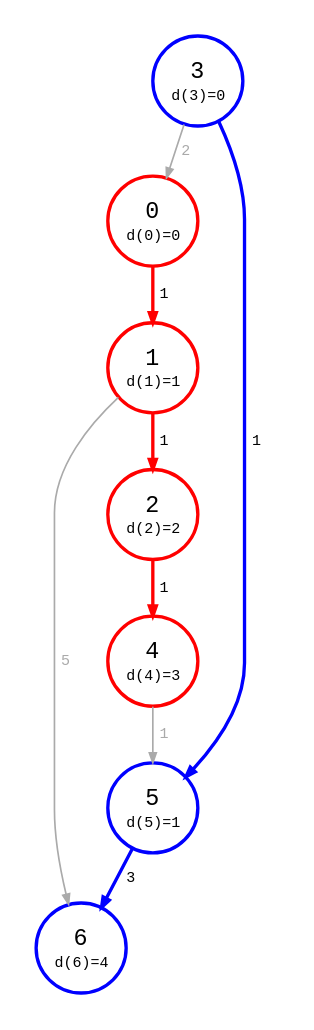
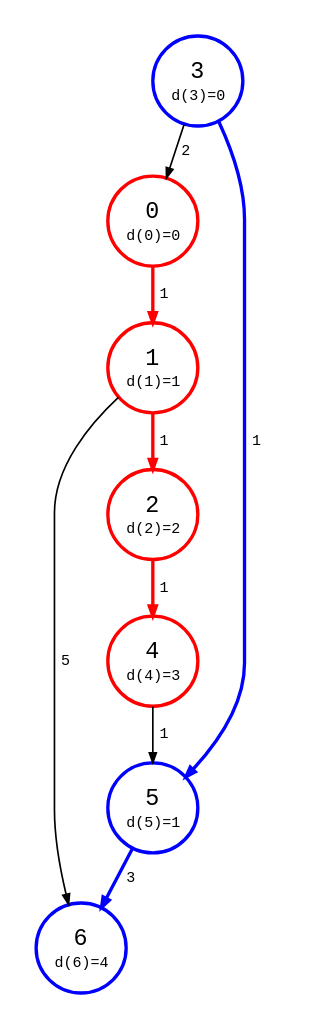
One commit to bsdrks/graaf-images changed the diagram in src/dijkstra_dist_multi_source_1-0.87.4.dot. Above: the diagram before and after it, drawn with Graphviz. The commit also changed 168 other files, not shown here.

```diff
--- a/src/dijkstra_dist_multi_source_1-0.87.4.dot
+++ b/src/dijkstra_dist_multi_source_1-0.87.4.dot
@@ -133,8 +133,8 @@
     ];
 
     1 -> 6 [
-        color="#aaaaaa",
-        fontcolor="#aaaaaa",
+        color="#bbb",
+        fontcolor="#bbb",
         label=<
             <table border="0" cellpadding="4" cellspacing="0">
                 <tr>
@@ -157,8 +157,8 @@
     ];
 
     3 -> 0 [
-        color="#aaaaaa",
-        fontcolor="#aaaaaa",
+        color="#bbb",
+        fontcolor="#bbb",
         label=<
             <table border="0" cellpadding="2" cellspacing="0">
                 <tr>
@@ -172,8 +172,8 @@
     // 6 -> 2 [style=invis];
 
     4 -> 5 [
-        color="#aaaaaa",
-        fontcolor="#aaaaaa",
+        color="#bbb",
+        fontcolor="#bbb",
         label=<
             <table border="0" cellpadding="4" cellspacing="0">
                 <tr>
```
